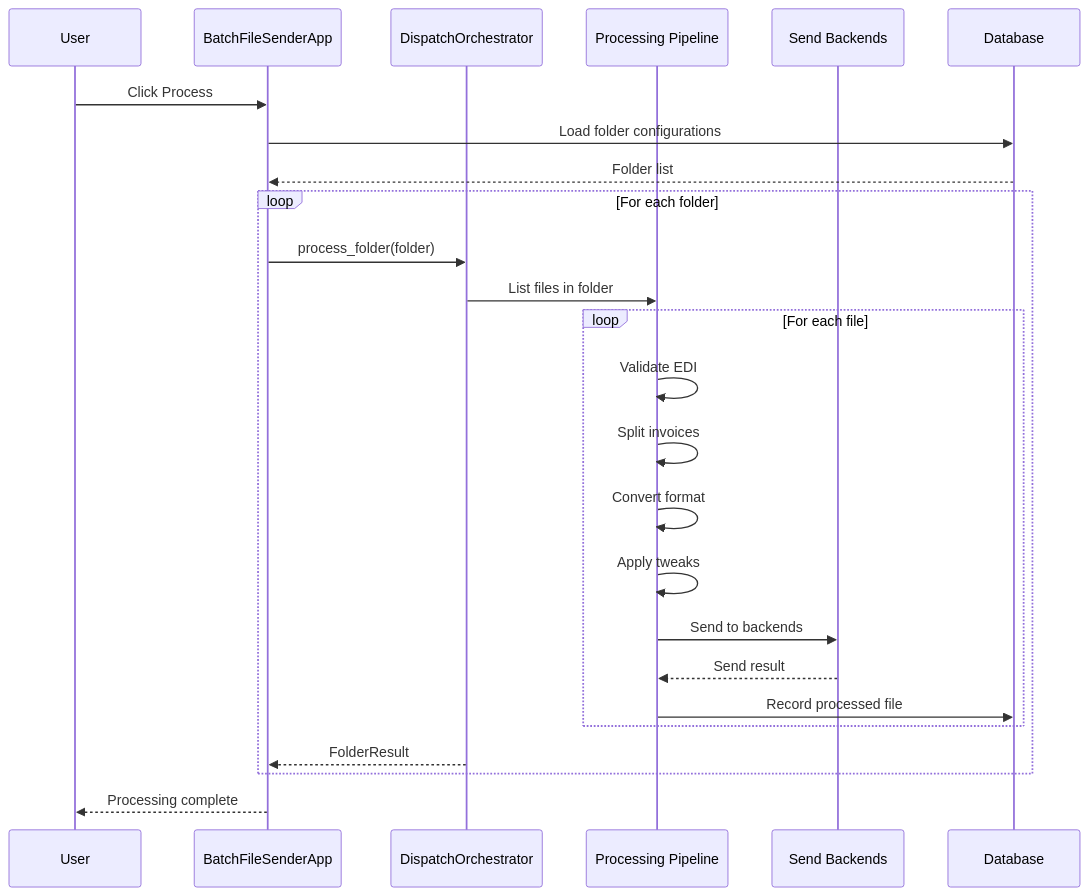
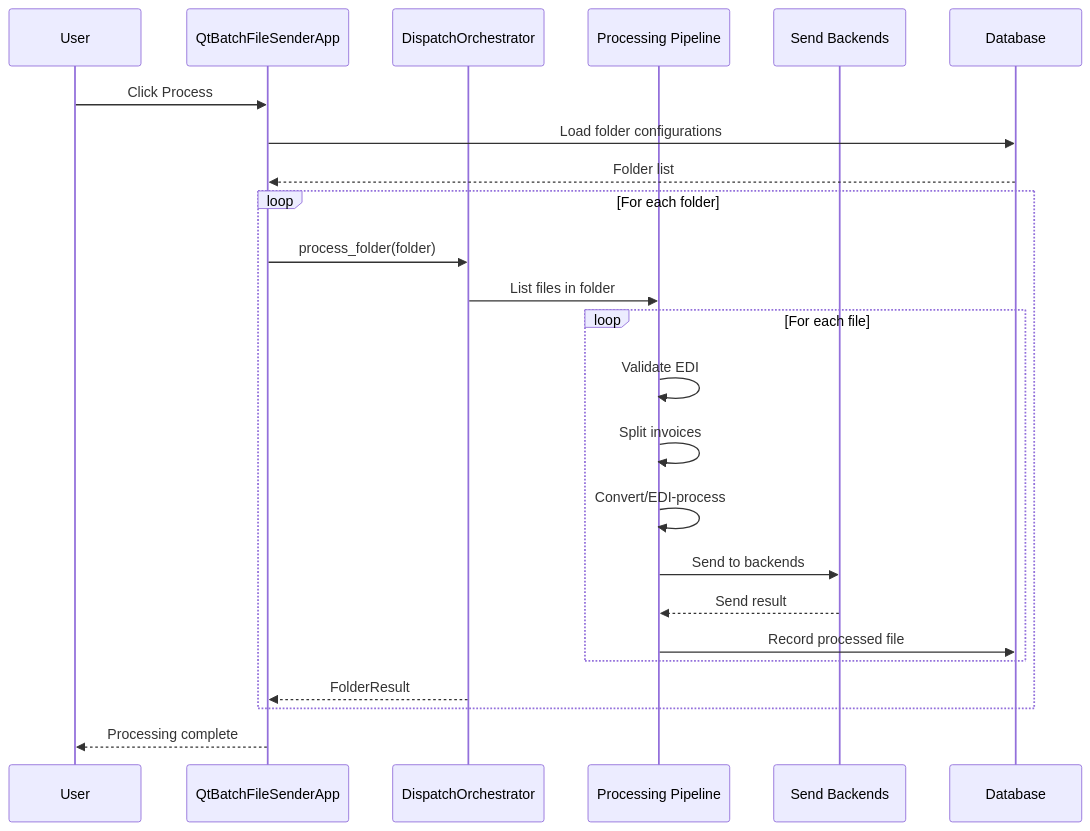
Before and after one commit to dtg01100/batch-file-processor: the second of 4 diagrams in docs/design/SYSTEM_ARCHITECTURE.md, drawn with Mermaid. The commit also changed other lines of this file and 21 other files, not shown here.

````diff
--- a/docs/design/SYSTEM_ARCHITECTURE.md
+++ b/docs/design/SYSTEM_ARCHITECTURE.md
@@ -710,32 +682,31 @@
 ```mermaid
 sequenceDiagram
     participant User
-    participant App as BatchFileSenderApp
+    participant App as QtBatchFileSenderApp
     participant Orch as DispatchOrchestrator
     participant Pipeline as Processing Pipeline
     participant Backends as Send Backends
     participant DB as Database
     
     User->>App: Click Process
     App->>DB: Load folder configurations
     DB-->>App: Folder list
     
     loop For each folder
         App->>Orch: process_folder(folder)
         Orch->>Pipeline: List files in folder
         
         loop For each file
             Pipeline->>Pipeline: Validate EDI
             Pipeline->>Pipeline: Split invoices
-            Pipeline->>Pipeline: Convert format
-            Pipeline->>Pipeline: Apply tweaks
+            Pipeline->>Pipeline: Convert/EDI-process
             Pipeline->>Backends: Send to backends
             Backends-->>Pipeline: Send result
             Pipeline->>DB: Record processed file
         end
         
         Orch-->>App: FolderResult
     end
     
     App-->>User: Processing complete
 ```
````
